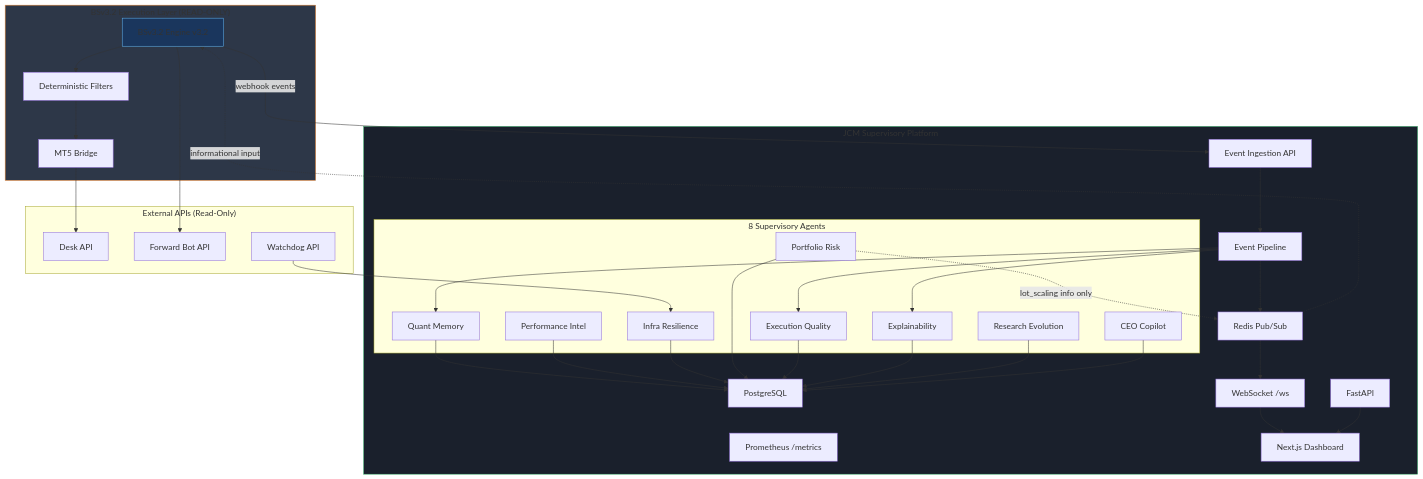
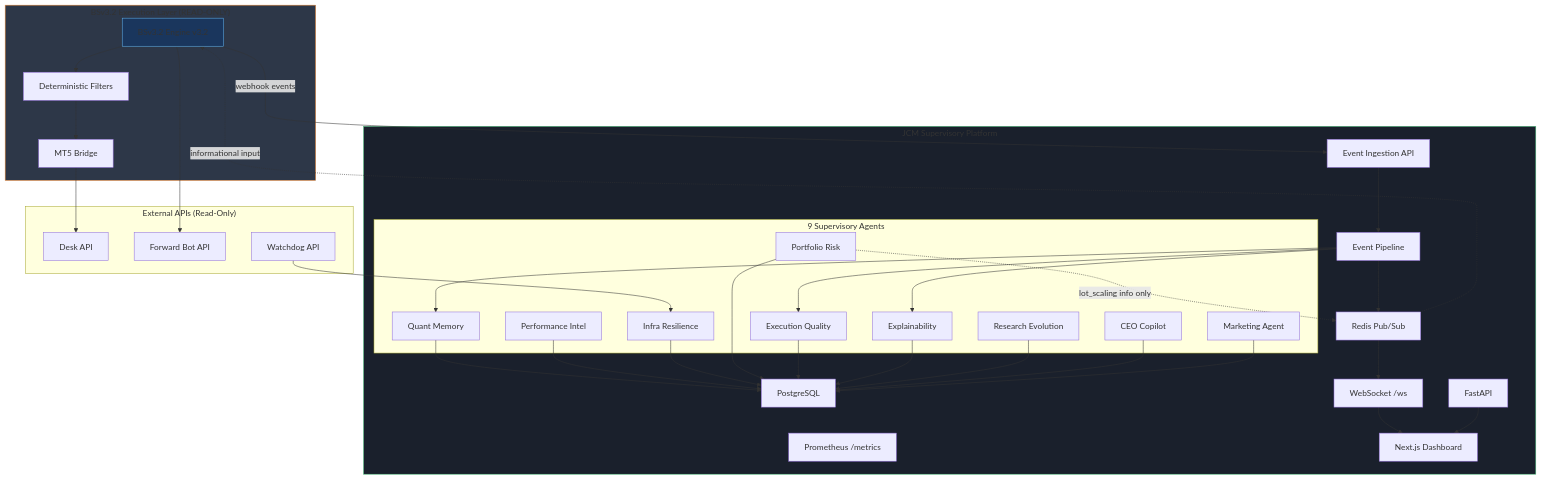
One commit to Jimplas-UG/JCM-agents changed the diagram in docs/ARCHITECTURE.md. Above: the diagram before and after it, drawn with Mermaid. The commit also changed other lines of this file and 51 other files, not shown here.

````diff
--- a/docs/ARCHITECTURE.md
+++ b/docs/ARCHITECTURE.md
@@ -5,69 +5,71 @@
 ```mermaid
 flowchart TB
     subgraph Execution["BSv3.2 Execution Layer (READ-ONLY)"]
         BSv32["BSv3.2 Engine v3.2"]
         Filters["Deterministic Filters"]
         MT5["MT5 Bridge"]
         BSv32 --> Filters
         Filters --> MT5
     end
 
     subgraph External["External APIs (Read-Only)"]
         Desk["Desk API"]
         FBot["Forward Bot API"]
         WD["Watchdog API"]
     end
 
     subgraph Platform["JCM Supervisory Platform"]
         Ingest["Event Ingestion API"]
         Pipeline["Event Pipeline"]
         Redis["Redis Pub/Sub"]
         PG["PostgreSQL"]
 
-        subgraph Agents["8 Supervisory Agents"]
+        subgraph Agents["9 Supervisory Agents"]
             QM["Quant Memory"]
             PI["Performance Intel"]
             IR["Infra Resilience"]
             PR["Portfolio Risk"]
             EQ["Execution Quality"]
             EX["Explainability"]
             RE["Research Evolution"]
             CEO["CEO Copilot"]
+            MK["Marketing Agent"]
         end
 
         API["FastAPI"]
         WS["WebSocket /ws"]
         Prom["Prometheus /metrics"]
         Dash["Next.js Dashboard"]
     end
 
     BSv32 -->|"webhook events"| Ingest
     MT5 --> Desk
     BSv32 --> FBot
     WD --> IR
 
     Ingest --> Pipeline
     Pipeline --> QM
     Pipeline --> EX
     Pipeline --> EQ
     QM --> PG
     PI --> PG
     IR --> PG
     PR --> PG
     EQ --> PG
     EX --> PG
     RE --> PG
     CEO --> PG
+    MK --> PG
 
     Pipeline --> Redis
     Redis --> WS
     WS --> Dash
     API --> Dash
 
     PR -.->|"lot_scaling info only"| Redis
     Redis -.->|"informational input"| BSv32
 
     style BSv32 fill:#1a365d,stroke:#63b3ed
     style Platform fill:#1a202c,stroke:#48bb78
     style Execution fill:#2d3748,stroke:#ed8936
 ```
````
